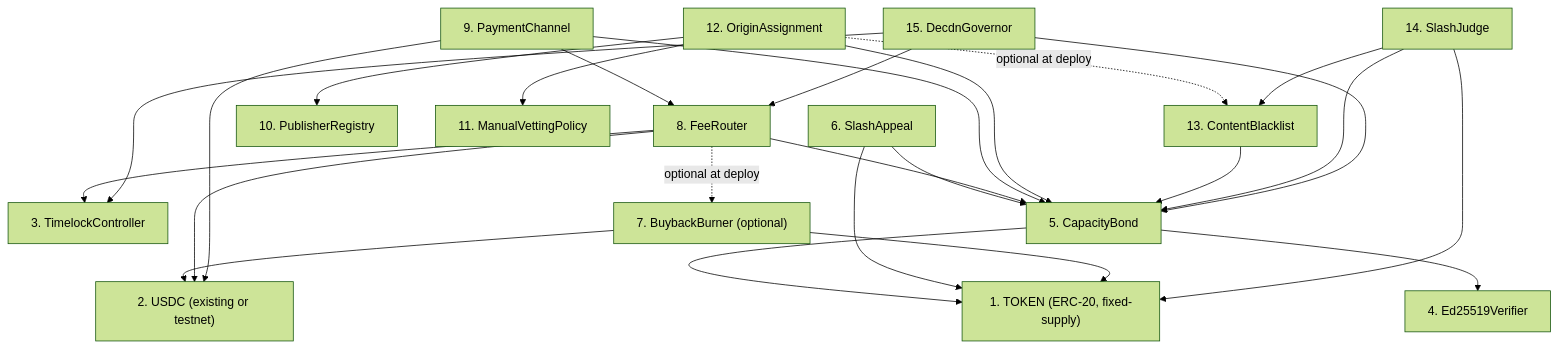
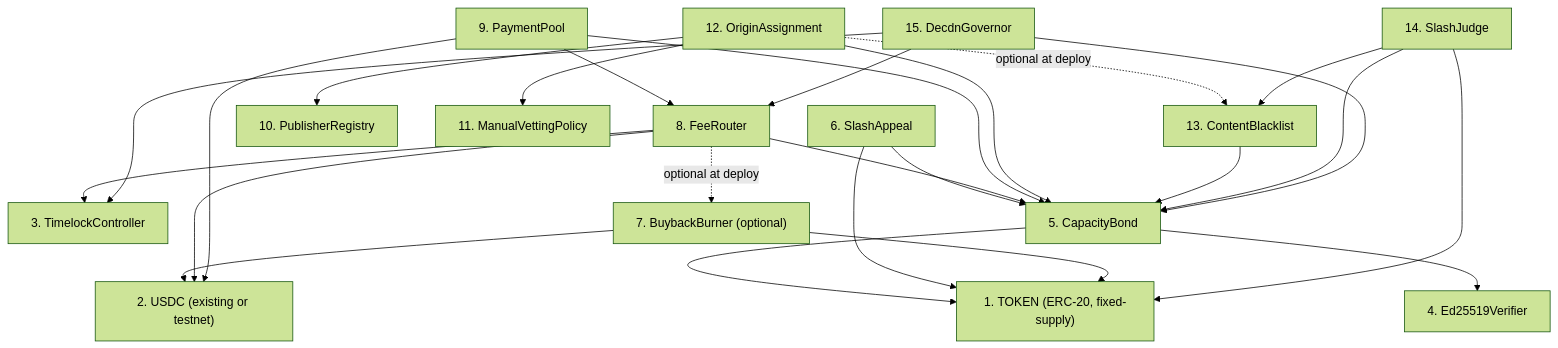
The second of 5 diagrams in adr/016-contract-interactions.md (decdn/decdn), drawn with Mermaid (forest theme) before and after one commit. The commit also changed other lines of this file and 29 other files, not shown here.

First line of the commit message:
docs(adr): adopt shared payment pool over pairwise channels (#1650)

````diff
--- a/adr/016-contract-interactions.md
+++ b/adr/016-contract-interactions.md
@@ -256,43 +260,43 @@
 ```mermaid
 graph TD
     TOKEN["1. TOKEN (ERC-20, fixed-supply)"]
     USDC["2. USDC (existing or testnet)"]
     TL["3. TimelockController"]
     ED["4. Ed25519Verifier"]
     CBOND["5. CapacityBond"]
     SA["6. SlashAppeal"]
     BB["7. BuybackBurner (optional)"]
     FR["8. FeeRouter"]
-    SPC["9. PaymentChannel"]
+    SPC["9. PaymentPool"]
     PR["10. PublisherRegistry"]
     MVP["11. ManualVettingPolicy"]
     OA["12. OriginAssignment"]
     CB["13. ContentBlacklist"]
     SJ["14. SlashJudge"]
     GOV["15. DecdnGovernor"]
 
     CBOND --> TOKEN
     CBOND --> ED
     SA --> TOKEN
     SA --> CBOND
     BB --> TOKEN
     BB --> USDC
     FR --> USDC
     FR --> TL
     FR --> CBOND
     FR -.->|"optional at deploy"| BB
     SPC --> USDC
     SPC --> CBOND
     SPC --> FR
     OA --> CBOND
     OA --> PR
     OA -.->|"optional at deploy"| CB
     OA --> MVP
     CB --> CBOND
     SJ --> CBOND
     SJ --> TOKEN
     SJ --> CB
     GOV --> CBOND
     GOV --> FR
     GOV --> TL
 ```
````
